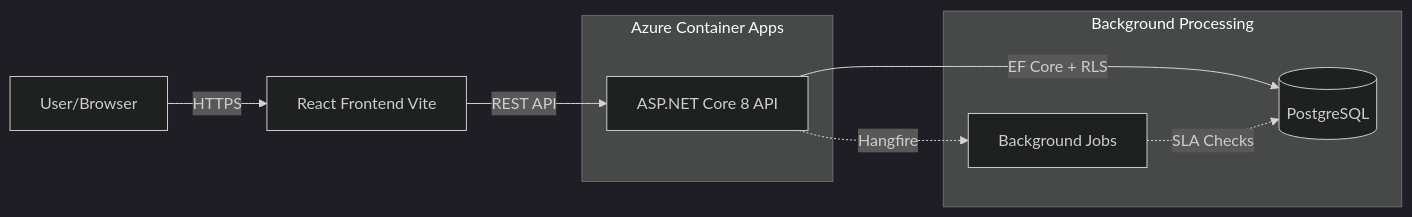
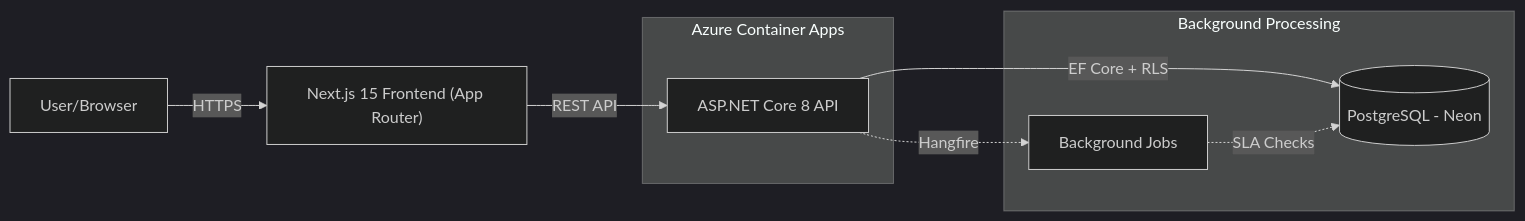
Before and after one commit to muhammadusmanalhaq/ServiceDesk: the diagram in README.md, drawn with Mermaid (dark theme). The commit also changed other lines of this file and 12 other files, not shown here.

````diff
--- a/README.md
+++ b/README.md
@@ -12,15 +12,15 @@
 ```mermaid
 graph LR
-    User[User/Browser] --> |HTTPS| UI[React Frontend Vite]
+    User[User/Browser] --> |HTTPS| UI["Next.js 15 Frontend (App Router)"]
     UI --> |REST API| API[ASP.NET Core 8 API]
-    API --> |EF Core + RLS| DB[(PostgreSQL)]
+    API --> |EF Core + RLS| DB[(PostgreSQL - Neon)]
     
     subgraph Azure Container Apps
         API
     end
     
     subgraph Background Processing
         API -.-> |Hangfire| Jobs[Background Jobs]
         Jobs -.-> |SLA Checks| DB
     end
 ```
````
